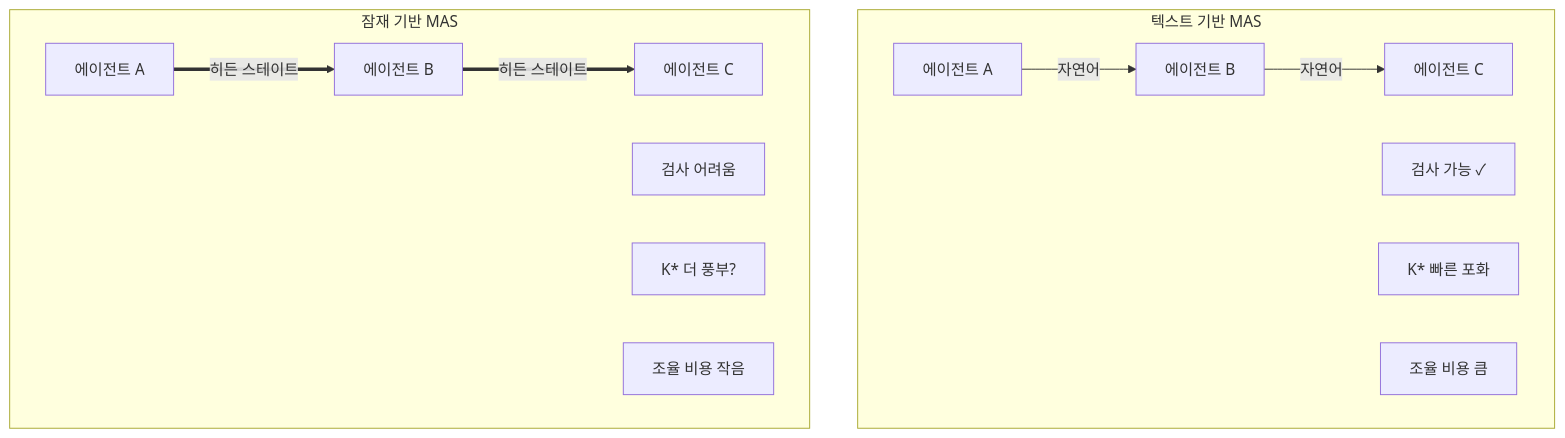
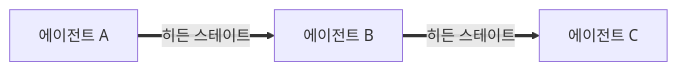
Before and after one commit to pheeree/pheeree.github.io: the third of 3 diagrams in _posts/2026-05-03-recursive-mas-latent-space-agent-collaboration.md, drawn with Mermaid. The commit also changed other lines of this file and 6 other files, not shown here.

First line of the commit message:
layout: 5월 발행물 다이어그램·수식 가독성 정돈

````diff
--- a/_posts/2026-05-03-recursive-mas-latent-space-agent-collaboration.md
+++ b/_posts/2026-05-03-recursive-mas-latent-space-agent-collaboration.md
@@ -83,17 +82,4 @@
 ```mermaid
-graph TB
-    subgraph TXT["텍스트 기반 MAS"]
-        T1[에이전트 A] -- 자연어 --> T2[에이전트 B]
-        T2 -- 자연어 --> T3[에이전트 C]
-        TC1[검사 가능 ✓]
-        TC2[K* 빠른 포화]
-        TC3[조율 비용 큼]
-    end
-    subgraph LAT["잠재 기반 MAS"]
-        L1[에이전트 A] == 히든 스테이트 ==> L2[에이전트 B]
-        L2 == 히든 스테이트 ==> L3[에이전트 C]
-        LC1[검사 어려움]
-        LC2[K* 더 풍부?]
-        LC3[조율 비용 작음]
-    end
+flowchart LR
+    L1[에이전트 A] == 히든 스테이트 ==> L2[에이전트 B] == 히든 스테이트 ==> L3[에이전트 C]
 ```
````
